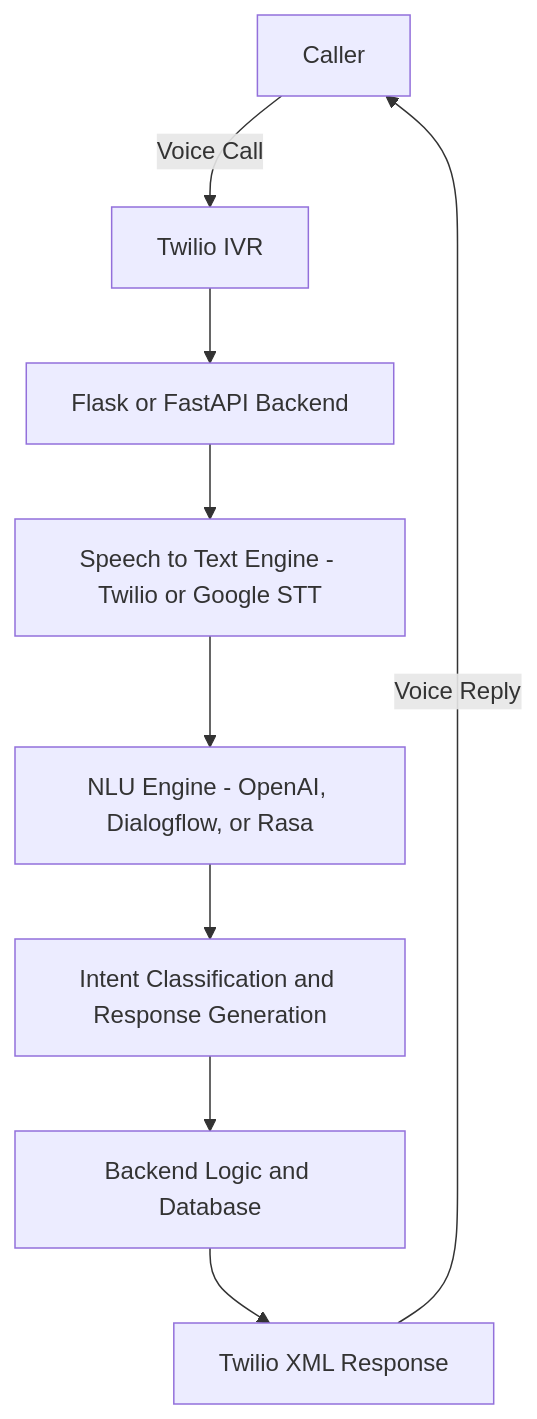
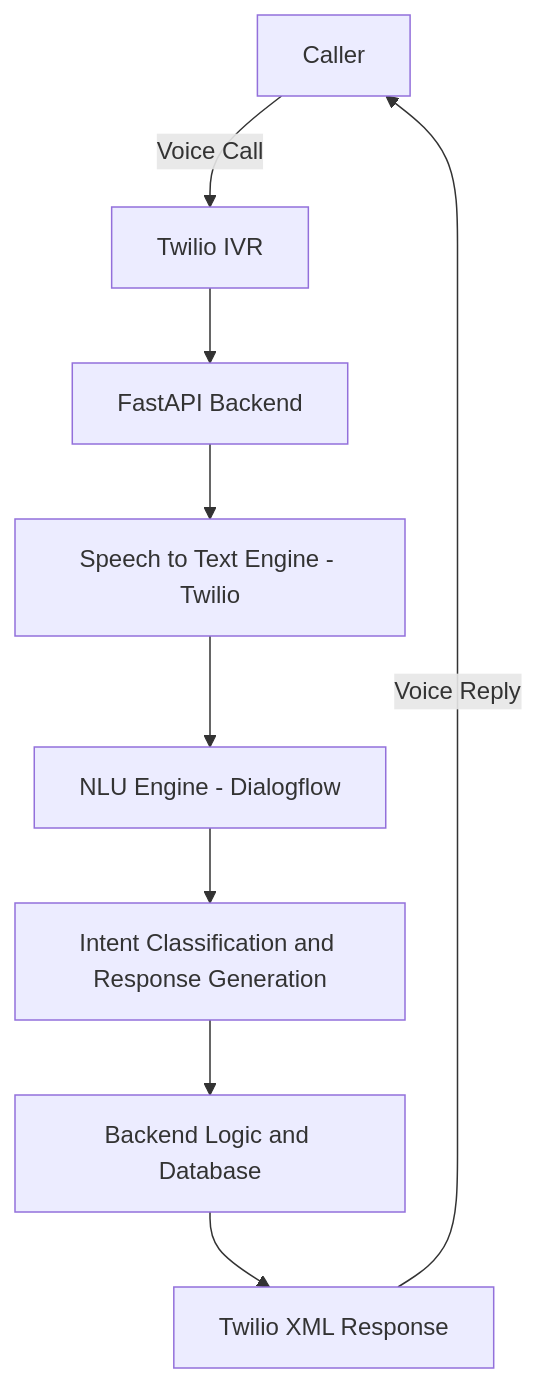
The diagram in README.md (Rohan010203/AI-Enabled-Conversational-IVR-Modernization-Framework), drawn with Mermaid before and after one commit.

Commit message:
Update flowchart in README for clarity

````diff
--- a/README.md
+++ b/README.md
@@ -26,11 +26,11 @@
 ```mermaid
 flowchart TD
     A[Caller] -->|Voice Call| B[Twilio IVR]
-    B --> C[Flask or FastAPI Backend]
-    C --> D[Speech to Text Engine - Twilio or Google STT]
-    D --> E[NLU Engine - OpenAI, Dialogflow, or Rasa]
+    B --> C[ FastAPI Backend]
+    C --> D[Speech to Text Engine - Twilio ]
+    D --> E[NLU Engine -  Dialogflow ]
     E --> F[Intent Classification and Response Generation]
     F --> G[Backend Logic and Database]
     G --> H[Twilio XML Response]
     H -->|Voice Reply| A
 ```
````
